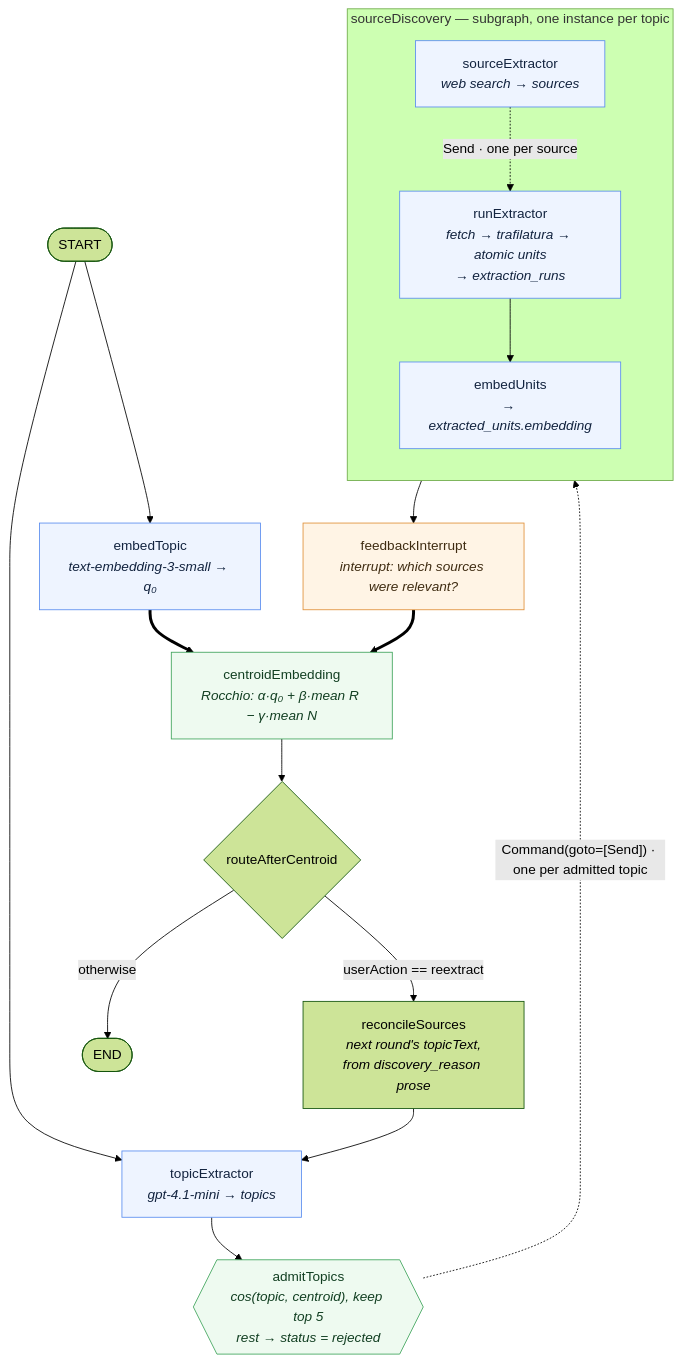
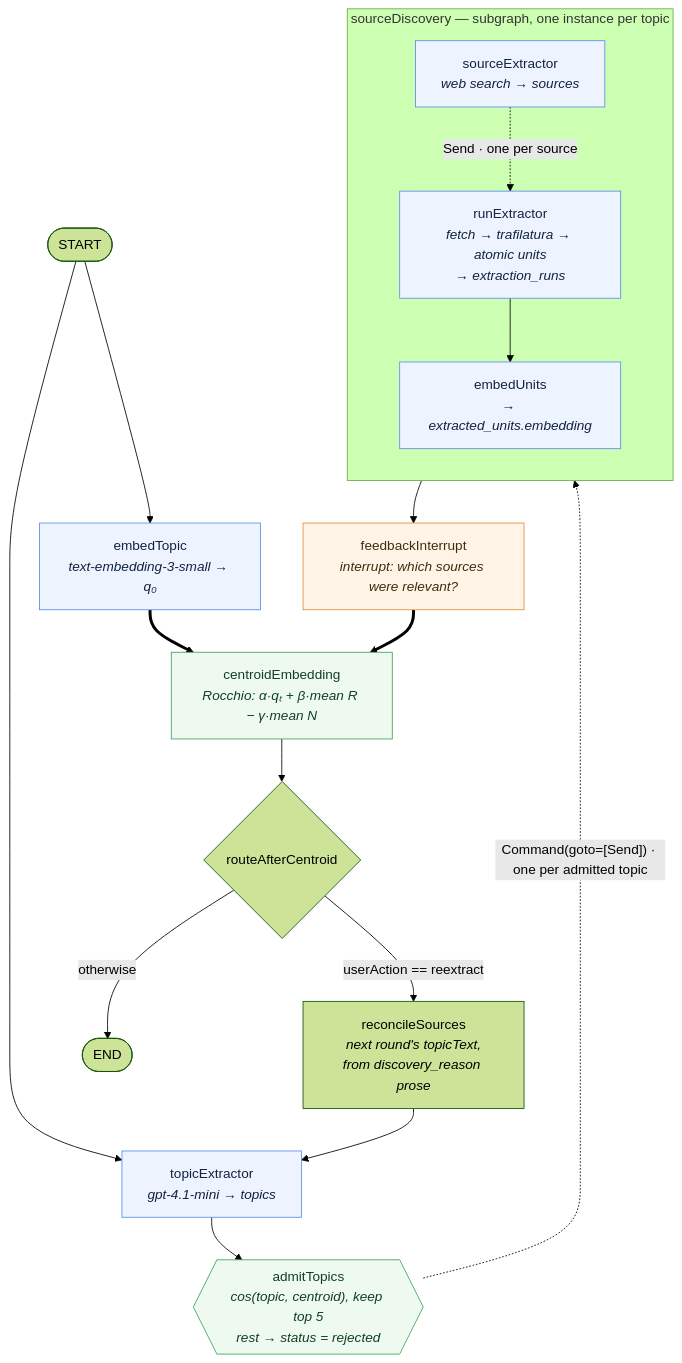
Before and after one commit to Stanfordrods1999/YouTubeExtraction: the first of 3 diagrams in README.md, drawn with Mermaid (forest theme). The commit also changed other lines of this file, not shown here.

````diff
--- a/README.md
+++ b/README.md
@@ -80,36 +84,36 @@
 ```mermaid
 flowchart TD
     S0([START])
 
     S0 --> TX["topicExtractor<br/><i>gpt-4.1-mini → topics</i>"]
     S0 --> ET["embedTopic<br/><i>text-embedding-3-small → q₀</i>"]
 
     TX --> AG{{"admitTopics<br/><i>cos(topic, centroid), keep top 5<br/>rest → status = rejected</i>"}}
     AG -.->|"Command(goto=[Send]) · one per admitted topic"| SDG
 
     subgraph SDG["sourceDiscovery — subgraph, one instance per topic"]
         direction TB
         SE["sourceExtractor<br/><i>web search → sources</i>"]
         RX["runExtractor<br/><i>fetch → trafilatura → atomic units<br/>→ extraction_runs</i>"]
         EU["embedUnits<br/><i>→ extracted_units.embedding</i>"]
         SE -.->|"Send · one per source"| RX
         RX --> EU
     end
 
     SDG --> FI["feedbackInterrupt<br/><i>interrupt: which sources were relevant?</i>"]
 
     ET ==> CE
-    FI ==> CE["centroidEmbedding<br/><i>Rocchio: α·q₀ + β·mean R − γ·mean N</i>"]
+    FI ==> CE["centroidEmbedding<br/><i>Rocchio: α·qₜ + β·mean R − γ·mean N</i>"]
 
     CE --> RC{"routeAfterCentroid"}
     RC -->|"userAction == reextract"| RS["reconcileSources<br/><i>next round's topicText,<br/>from discovery_reason prose</i>"]
     RC -->|"otherwise"| FIN([END])
     RS --> TX
 
     classDef llm fill:#eef4ff,stroke:#5b8def,color:#12233f
     classDef human fill:#fff4e5,stroke:#e0913a,color:#3f2c12
     classDef math fill:#eefaf0,stroke:#3fa45b,color:#123f22
     class TX,ET,SE,RX,EU llm
     class FI human
     class CE,AG math
 ```
````
